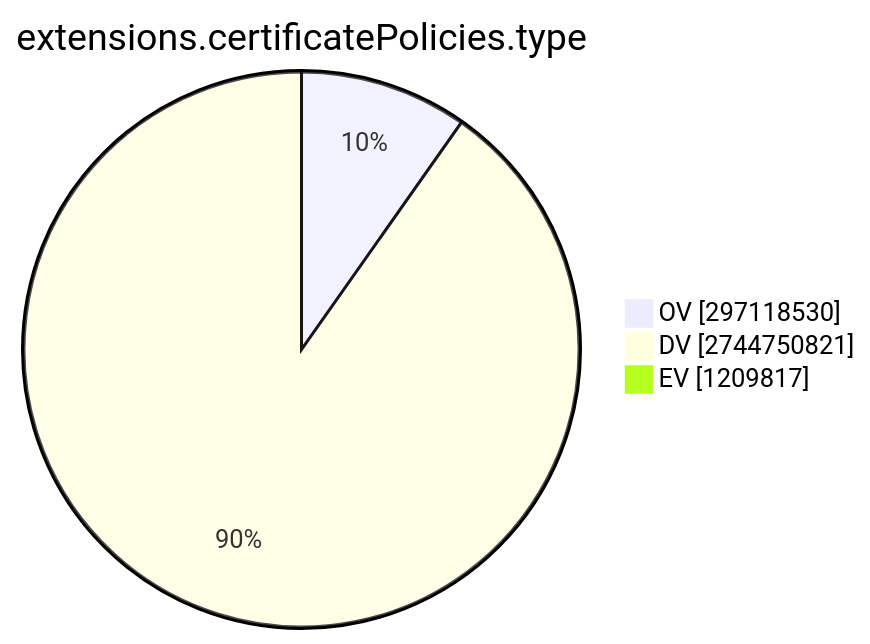
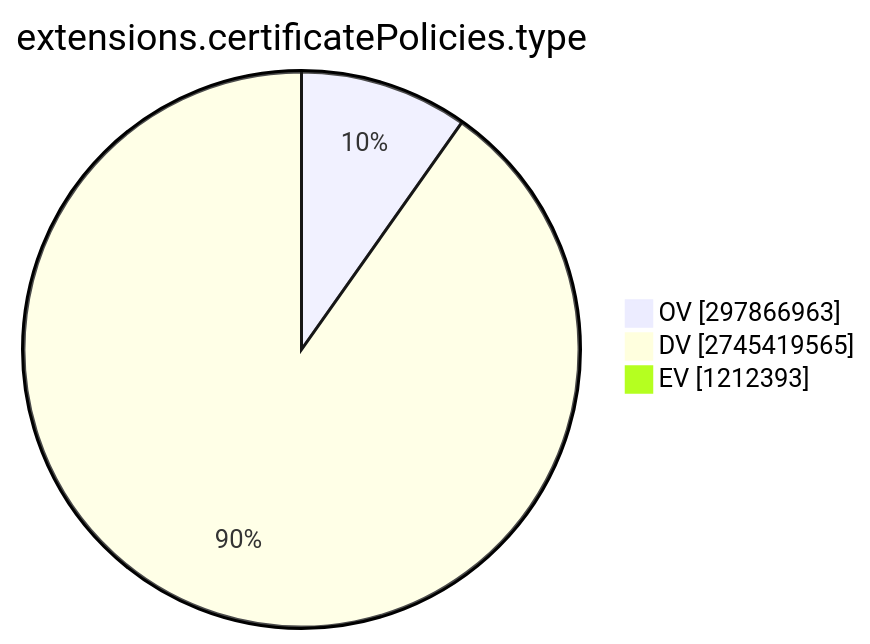
Before and after one commit to christiankrug/ctmonitor_visualization: the ninth of 15 diagrams in TOTAL/README.md, drawn with Mermaid. The commit also changed other lines of this file, not shown here.

````diff
--- a/TOTAL/README.md
+++ b/TOTAL/README.md
@@ -3099,7 +3100,7 @@
 ```mermaid
 pie showData
 title extensions.certificatePolicies.type
-"OV" :297118530
-"DV" :2744750821
-"EV" :1209817
+"OV" :297866963
+"DV" :2745419565
+"EV" :1212393
 ```
````
